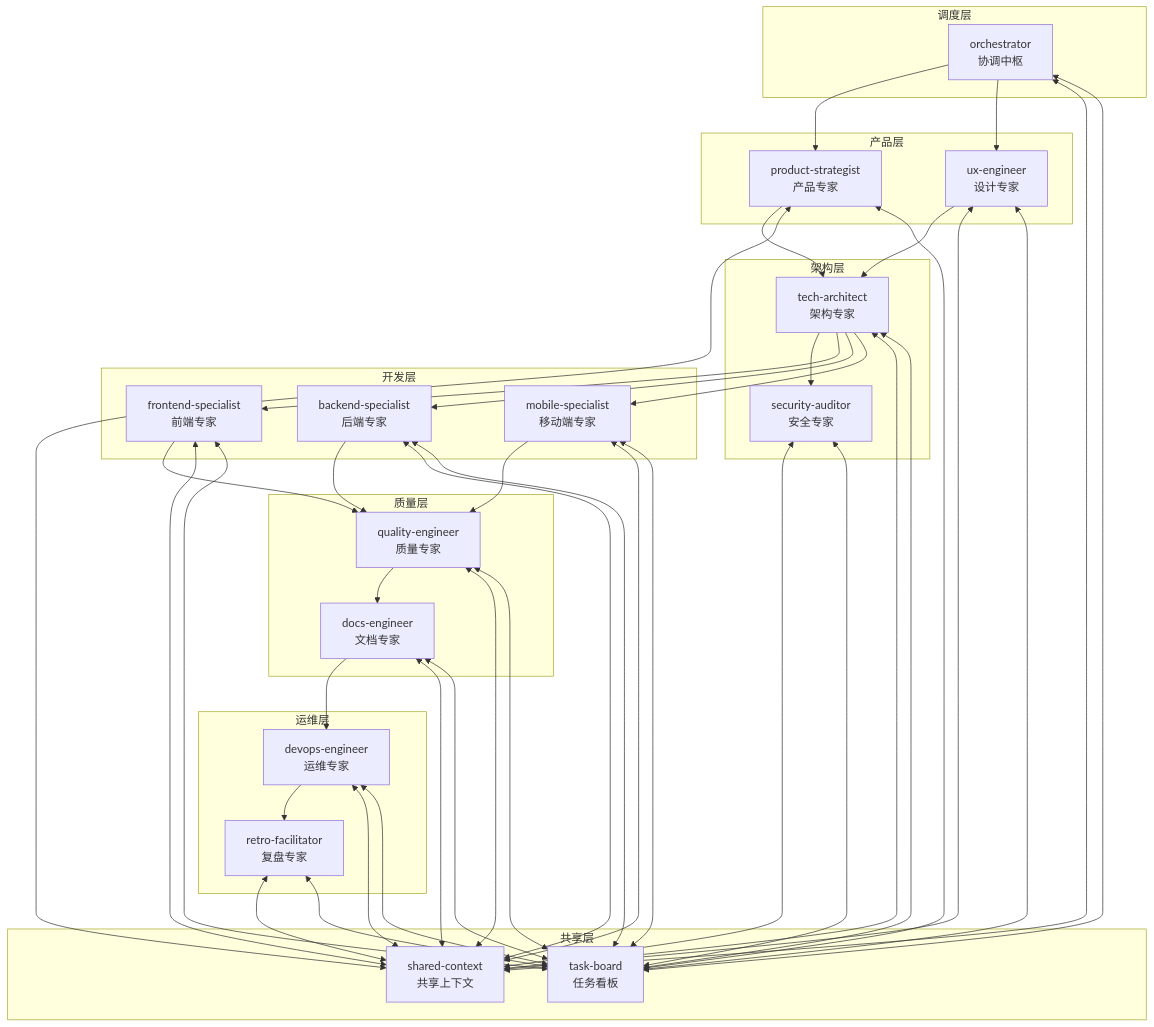
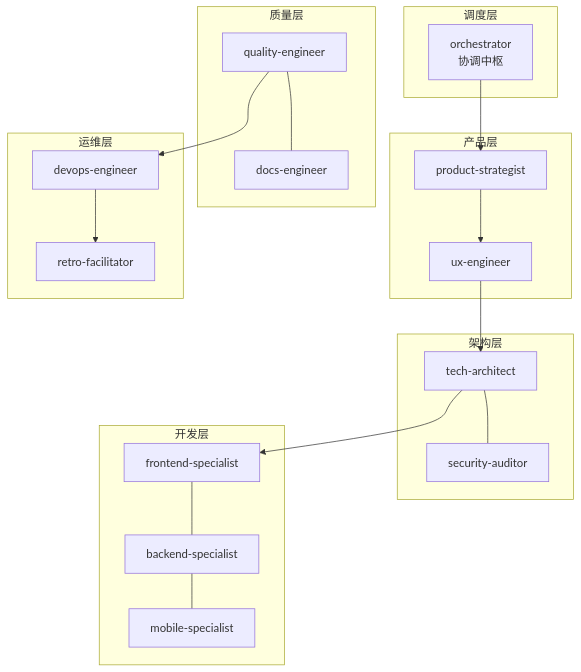
Before and after one commit to Tooooommy/Trae-Workflow: the third of 6 diagrams in skills/orchestrator/SKILL.md, drawn with Mermaid. The commit also changed other lines of this file and 18 other files, not shown here.

````diff
--- a/skills/orchestrator/SKILL.md
+++ b/skills/orchestrator/SKILL.md
@@ -232,51 +220,25 @@
 ```mermaid
 flowchart TB
     subgraph 调度层
         O[orchestrator<br/>协调中枢]
     end
-
     subgraph 产品层
-        P[product-strategist<br/>产品专家]
-        UX[ux-engineer<br/>设计专家]
+        P[product-strategist] --> UX[ux-engineer]
     end
-
     subgraph 架构层
-        TA[tech-architect<br/>架构专家]
-        SA[security-auditor<br/>安全专家]
+        TA[tech-architect] --- SA[security-auditor]
     end
-
     subgraph 开发层
-        FE[frontend-specialist<br/>前端专家]
-        BE[backend-specialist<br/>后端专家]
-        MO[mobile-specialist<br/>移动端专家]
+        FE[frontend-specialist] --- BE[backend-specialist] --- MO[mobile-specialist]
     end
-
     subgraph 质量层
-        QE[quality-engineer<br/>质量专家]
-        DO[docs-engineer<br/>文档专家]
+        QE[quality-engineer] --- DO[docs-engineer]
     end
-
     subgraph 运维层
-        DE[devops-engineer<br/>运维专家]
-        RF[retro-facilitator<br/>复盘专家]
+        DE[devops-engineer] --> RF[retro-facilitator]
     end
-
-    subgraph 共享层
-        CTX[shared-context<br/>共享上下文]
-        TB[task-board<br/>任务看板]
-    end
-
-    O --> P & UX
-    P & UX --> TA
-    TA --> SA
-    TA --> FE & BE & MO
-    FE & BE & MO --> QE
-    QE --> DO
-    DO --> DE
-    DE --> RF
-
-    O <--> CTX
-    O <--> TB
-    P & UX & TA & FE & BE & MO & QE & SA & DO & DE & RF <--> CTX
-    P & UX & TA & FE & BE & MO & QE & SA & DO & DE & RF <--> TB
+    O --> P
+    UX --> TA
+    TA --> FE
+    QE --> DE
 ```
````
